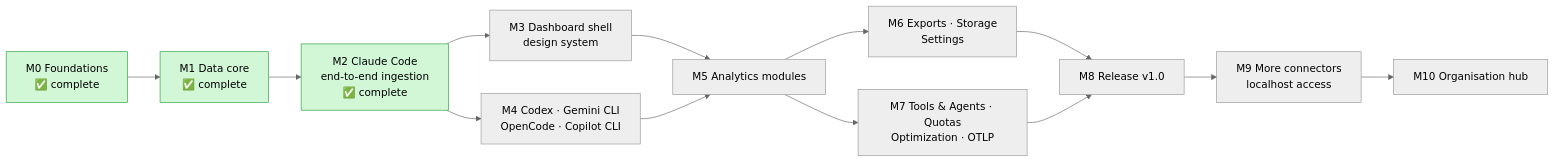
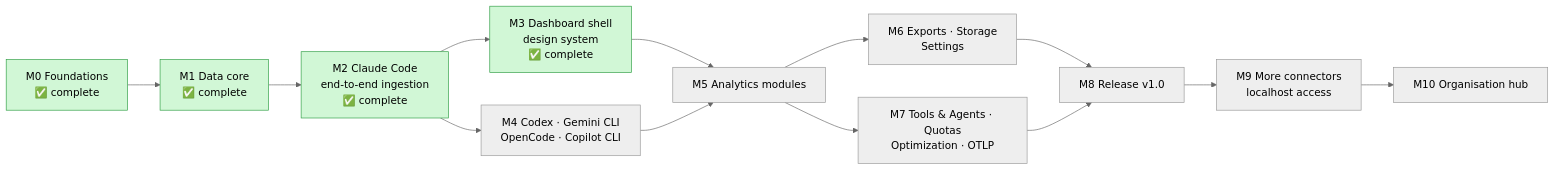
One commit to akanjb/VEYRA changed diagram 20 of 20 in README.md. Above: the diagram before and after it, drawn with Mermaid (neutral theme). The commit also changed other lines of this file and 5 other files, not shown here.

````diff
--- a/README.md
+++ b/README.md
@@ -771,16 +812,16 @@
 ```mermaid
 flowchart LR
   M0[M0 Foundations<br/>✅ complete]:::done --> M1[M1 Data core<br/>✅ complete]:::done
   M1 --> M2[M2 Claude Code<br/>end-to-end ingestion<br/>✅ complete]:::done
-  M2 --> M3[M3 Dashboard shell<br/>design system]
+  M2 --> M3[M3 Dashboard shell<br/>design system<br/>✅ complete]:::done
   M2 --> M4[M4 Codex · Gemini CLI<br/>OpenCode · Copilot CLI]
   M3 --> M5[M5 Analytics modules]
   M4 --> M5
   M5 --> M6[M6 Exports · Storage<br/>Settings]
   M5 --> M7[M7 Tools & Agents · Quotas<br/>Optimization · OTLP]
   M6 --> M8[M8 Release v1.0]
   M7 --> M8
   M8 --> M9[M9 More connectors<br/>localhost access]
   M9 --> M10[M10 Organisation hub]
   classDef done fill:#d1f7d6,stroke:#2f9e44
 ```
````
